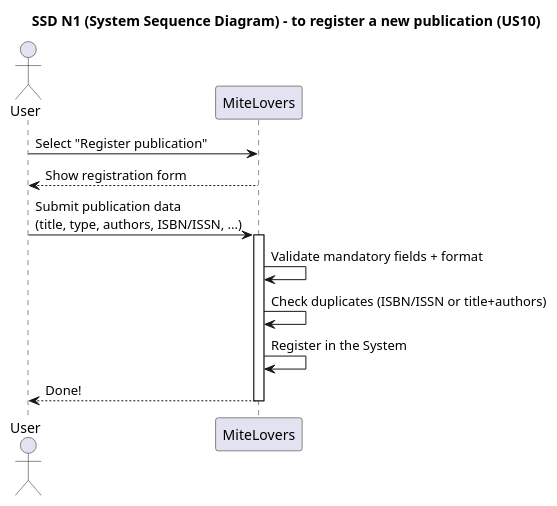
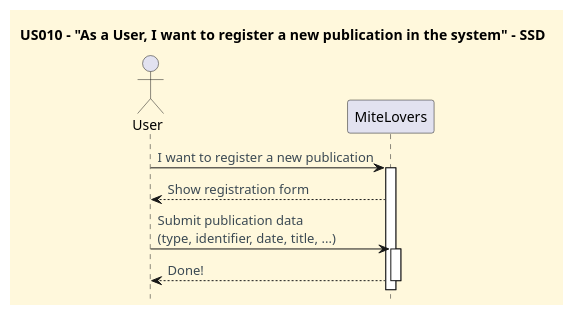
The diagram in docs/userStories/US010/SSD_US010.puml (CarolinaLeite-collab/JavaMarketplacePlatform), drawn with PlantUML before and after one commit.

Commit message:
Add US010 sequence diagram (refs #79)

```diff
--- a/docs/userStories/US010/SSD_US010.puml
+++ b/docs/userStories/US010/SSD_US010.puml
@@ -1,21 +1,34 @@
 @startuml
-title SSD N1 (System Sequence Diagram) - to register a new publication (US10)
+title US010 - "As a User, I want to register a new publication in the system" - SSD
 
+'==== basic style ====
+skinparam monochrome false
+skinparam shadowing false
+skinparam defaultFontName Futura
+skinparam objectFontSize 20
+skinparam backgroundColor CornSilk
+skinparam objectBackgroundColor WhiteSmoke
+skinparam noteBackgroundColor #FFFFE0
+skinparam ArrowFontColor #3B4953
+skinparam ActivationBackgroundColor black
+hidefootbox
+
+' --- Actor and participants ---
 actor User
 participant "MiteLovers" as System
 
-User -> System: Select "Register publication"
+' --- System dialog ---
+User -> System: I want to register a new publication
+activate System
 System --> User: Show registration form
 
-User -> System: Submit publication data\n(title, type, authors, ISBN/ISSN, ...)
+User -> System: Submit publication data\n(type, identifier, date, title, ...)
 activate System
 
-System -> System: Validate mandatory fields + format
-System -> System: Check duplicates (ISBN/ISSN or title+authors)
-System -> System: Register in the System
+'System -> System: Validate mandatory fields + format
+'System -> System: Check duplicates (ISBN/ISSN or title+date+authors)
+'System -> System: Register in the System
 System --> User: Done!
-
-
 
 deactivate System
 @enduml
```
